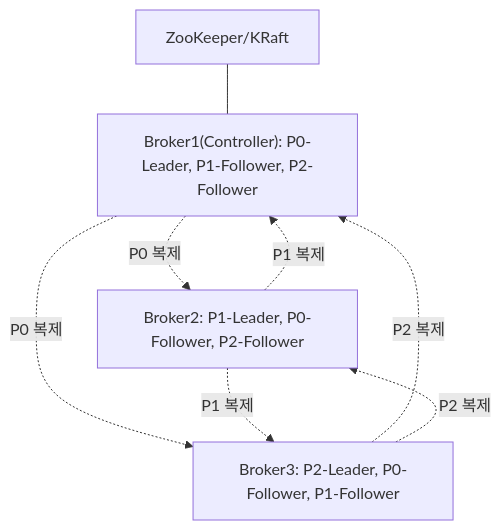
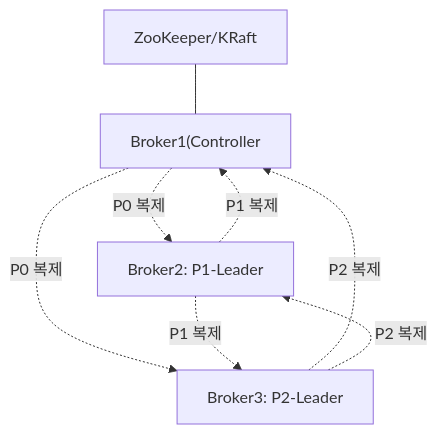
Before and after one commit to yjkim2015/yjkim2015.github.io: the first of 8 diagrams in _posts/kafka/2026-05-01-kafka-broker-deep.md, drawn with Mermaid. The commit also changed other lines of this file and 271 other files, not shown here.

First line of the commit message:
Mermaid 라벨 축소: 긴 노드 텍스트 18자 이하로 트림 + \n 제거

````diff
--- a/_posts/kafka/2026-05-01-kafka-broker-deep.md
+++ b/_posts/kafka/2026-05-01-kafka-broker-deep.md
@@ -26,14 +26,14 @@
 ```mermaid
 graph TD
     ZK["ZooKeeper/KRaft"]
-    B1["Broker1(Controller): P0-Leader, P1-Follower, P2-Follower"]
-    B2["Broker2: P1-Leader, P0-Follower, P2-Follower"]
-    B3["Broker3: P2-Leader, P0-Follower, P1-Follower"]
+    B1["Broker1(Controller"]
+    B2["Broker2: P1-Leader"]
+    B3["Broker3: P2-Leader"]
     ZK --- B1
     B1 -.->|"P0 복제"| B2
     B1 -.->|"P0 복제"| B3
     B2 -.->|"P1 복제"| B1
     B2 -.->|"P1 복제"| B3
     B3 -.->|"P2 복제"| B1
     B3 -.->|"P2 복제"| B2
 ```
````
